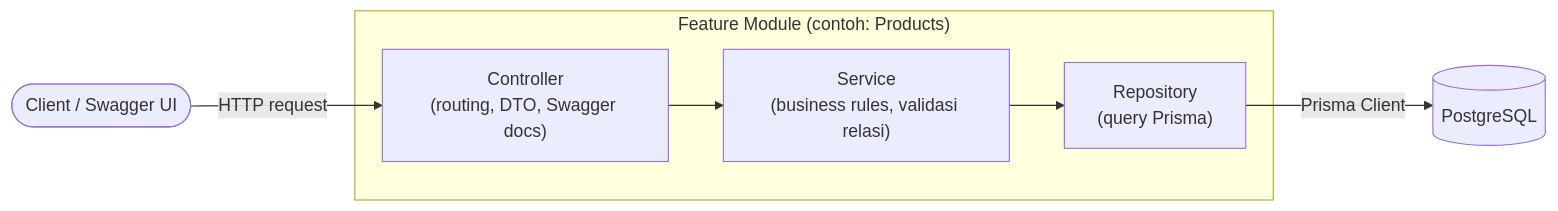
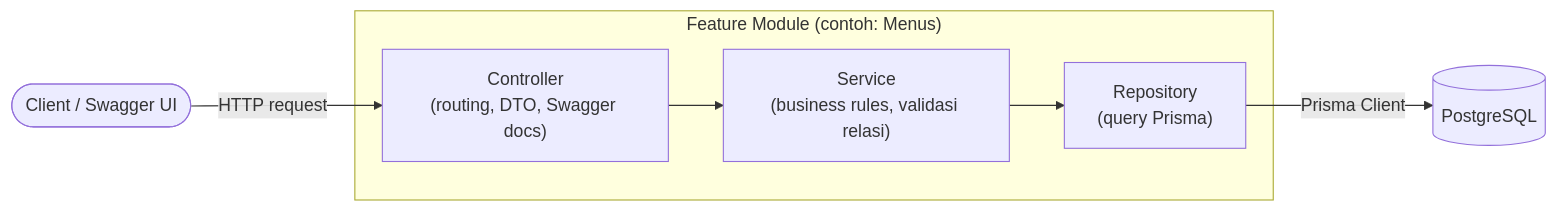
Before and after one commit to zidanabbas/API-NestJS: the first of 2 diagrams in docs/architecture.md, drawn with Mermaid. The commit also changed other lines of this file and 31 other files, not shown here.

````diff
--- a/docs/architecture.md
+++ b/docs/architecture.md
@@ -7,11 +7,11 @@
 ```mermaid
 flowchart LR
     Client(["Client / Swagger UI"]) -->|HTTP request| Controller
-    subgraph Module["Feature Module (contoh: Products)"]
+    subgraph Module["Feature Module (contoh: Menus)"]
         Controller["Controller\n(routing, DTO, Swagger docs)"]
         Service["Service\n(business rules, validasi relasi)"]
         Repository["Repository\n(query Prisma)"]
         Controller --> Service --> Repository
     end
     Repository -->|Prisma Client| DB[("PostgreSQL")]
 ```
````
